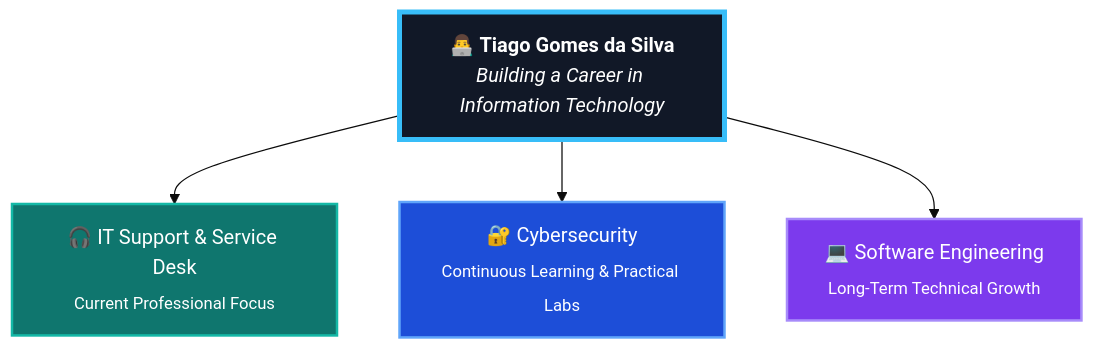
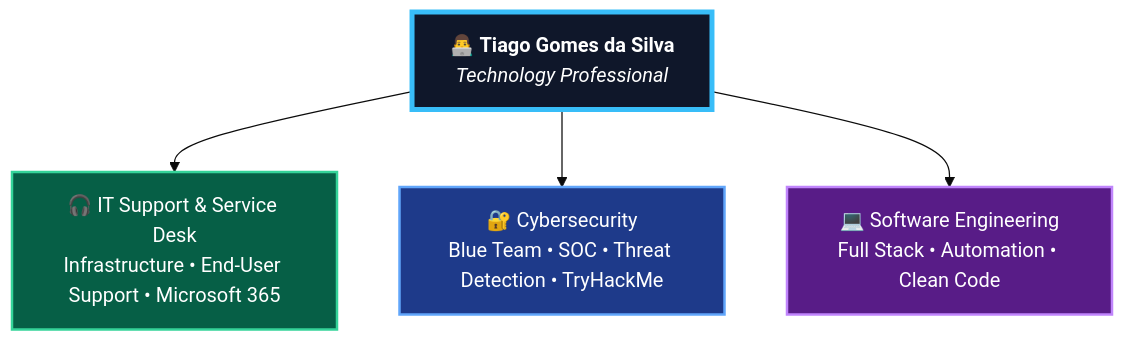
One commit to TiagoSilva00/TiagoSilva00 changed the diagram in README.md. Above: the diagram before and after it, drawn with Mermaid (base theme). The commit also changed other lines of this file, not shown here.

````diff
--- a/README.md
+++ b/README.md
@@ -44,17 +44,17 @@
 ```mermaid
 graph TD
 
-    A["👨‍💻 <b>Tiago Gomes da Silva</b><br/><i>Building a Career in Information Technology</i>"]
+    A["👨‍💻 <b>Tiago Gomes da Silva</b><br/><i>Technology Professional</i>"]
 
-    A --> B["🎧 IT Support & Service Desk<br/><sub>Current Professional Focus</sub>"]
+    A --> B["🎧 IT Support & Service Desk<br/>Infrastructure • End-User Support • Microsoft 365"]
 
-    A --> C["🔐 Cybersecurity<br/><sub>Continuous Learning & Practical Labs</sub>"]
+    A --> C["🔐 Cybersecurity<br/>Blue Team • SOC • Threat Detection • TryHackMe"]
 
-    A --> D["💻 Software Engineering<br/><sub>Long-Term Technical Growth</sub>"]
+    A --> D["💻 Software Engineering<br/>Full Stack • Automation • Clean Code"]
 
-    style A fill:#111827,color:#ffffff,stroke:#38BDF8,stroke-width:4px
+    style A fill:#0F172A,color:#ffffff,stroke:#38BDF8,stroke-width:4px
 
-    style B fill:#0F766E,color:#ffffff,stroke:#14B8A6,stroke-width:2px
-    style C fill:#1D4ED8,color:#ffffff,stroke:#60A5FA,stroke-width:2px
-    style D fill:#7C3AED,color:#ffffff,stroke:#A78BFA,stroke-width:2px
+    style B fill:#065F46,color:#ffffff,stroke:#34D399,stroke-width:2px
+    style C fill:#1E3A8A,color:#ffffff,stroke:#60A5FA,stroke-width:2px
+    style D fill:#581C87,color:#ffffff,stroke:#C084FC,stroke-width:2px
 ```
````
